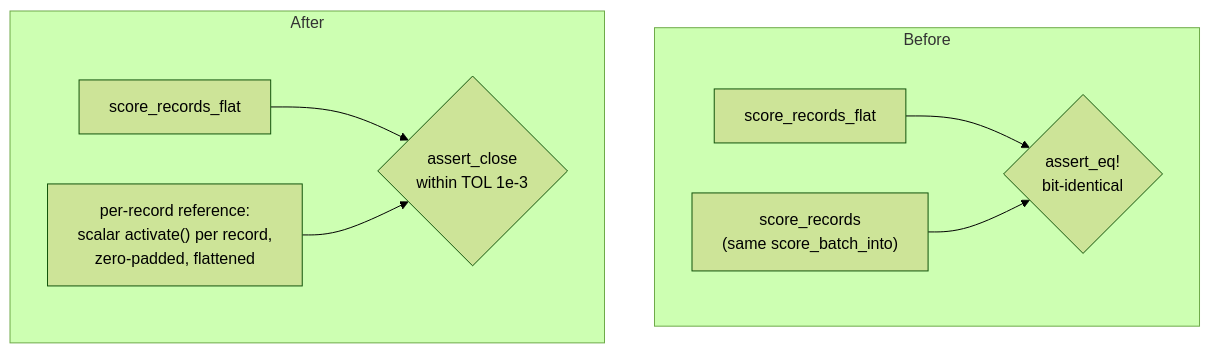
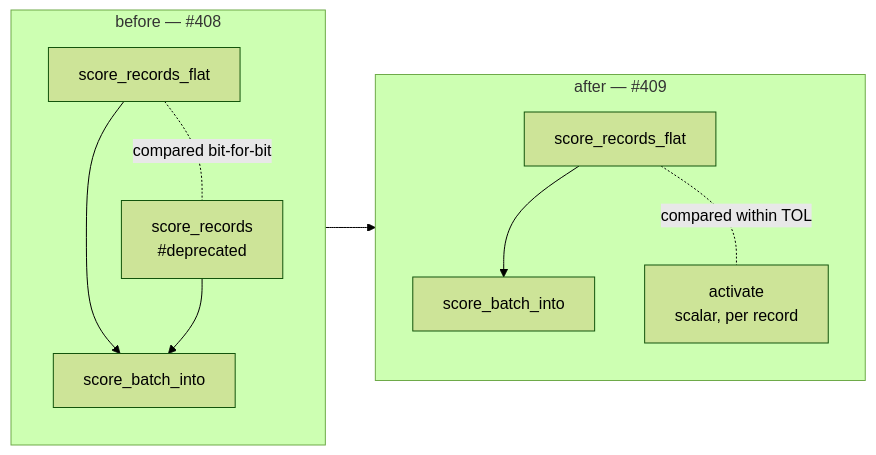
Before and after one commit to stSoftwareAU/NEAT-AI-core: the diagram in docs/archive/pr-summaries/pr-summary-409.md, drawn with Mermaid (forest theme). The commit also changed other lines of this file, not shown here.

First line of the commit message:
docs: add the PR summary for the deprecated-wrapper removal (Issue #409)

````diff
--- a/docs/archive/pr-summaries/pr-summary-409.md
+++ b/docs/archive/pr-summaries/pr-summary-409.md
@@ -105,11 +73,14 @@
 ```mermaid
-flowchart TB
-    subgraph Before
-        X1["score_records_flat"] --> X3{"assert_eq!<br/>bit-identical"}
-        X2["score_records<br/>(same score_batch_into)"] --> X3
+flowchart LR
+    subgraph before["before — #408"]
+        A1["score_records_flat"] --> K1["score_batch_into"]
+        A2["score_records<br/>#deprecated"] --> K1
+        A1 -. "compared bit-for-bit" .- A2
     end
-    subgraph After
-        Y1["score_records_flat"] --> Y3{"assert_close<br/>within TOL 1e-3"}
-        Y2["per-record reference:<br/>scalar activate() per record,<br/>zero-padded, flattened"] --> Y3
+    subgraph after["after — #409"]
+        B1["score_records_flat"] --> K2["score_batch_into"]
+        B2["activate<br/>scalar, per record"]
+        B1 -. "compared within TOL" .- B2
     end
+    before --> after
 ```
````
